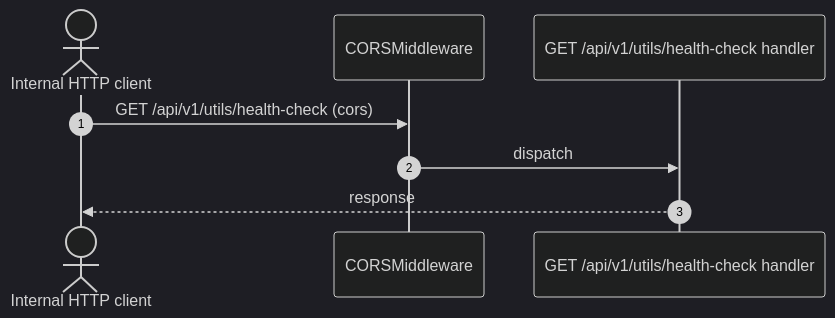
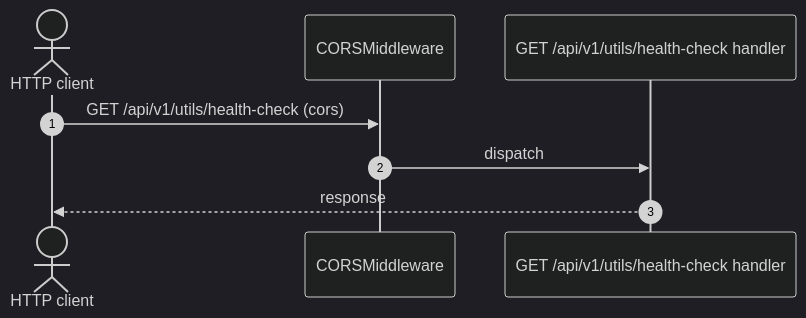
One commit to AskShri/code2designmapping changed the diagram in evaluation/fastapi-full-stack/diagrams/flow-2iacv3jm6g.mmd. Above: the diagram before and after it, drawn with Mermaid (dark theme). The commit also changed 164 other files, not shown here.

```diff
--- a/evaluation/fastapi-full-stack/diagrams/flow-2iacv3jm6g.mmd
+++ b/evaluation/fastapi-full-stack/diagrams/flow-2iacv3jm6g.mmd
@@ -1,9 +1,9 @@
 %% Control flow: GET /api/v1/utils/health-check
 sequenceDiagram
   autonumber
-  actor ext_3nnzcvcul3 as Internal HTTP client
+  actor ext_sga4qktkap as HTTP client
   participant ctl_wd5aciiryx as CORSMiddleware
   participant proc_lges2qcizj as GET /api/v1/utils/health-check handler
-  ext_3nnzcvcul3->>ctl_wd5aciiryx: GET /api/v1/utils/health-check (cors)
+  ext_sga4qktkap->>ctl_wd5aciiryx: GET /api/v1/utils/health-check (cors)
   ctl_wd5aciiryx->>proc_lges2qcizj: dispatch
-  proc_lges2qcizj-->>ext_3nnzcvcul3: response
+  proc_lges2qcizj-->>ext_sga4qktkap: response
```
